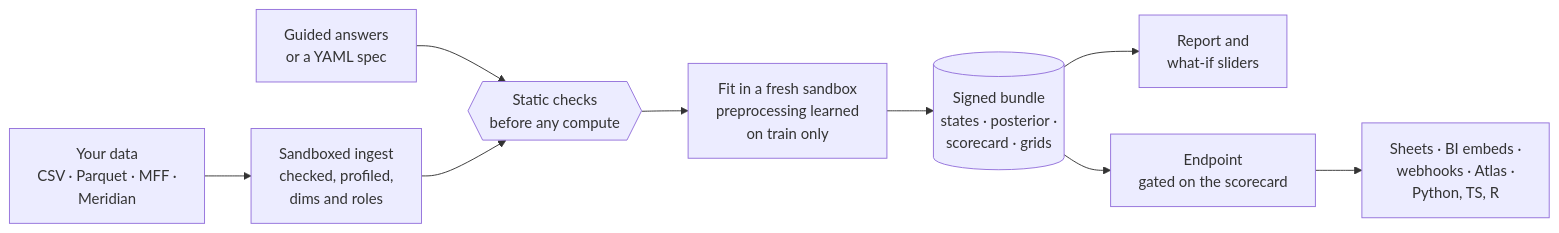
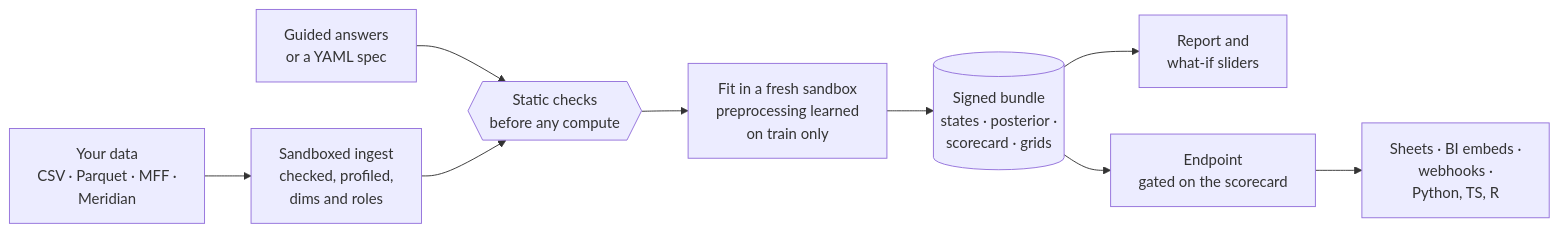
Before and after one commit to redam94/modeling-api: the first of 2 diagrams in docs/index.md, drawn with Mermaid. The commit also changed other lines of this file and 31 other files, not shown here.

````diff
--- a/docs/index.md
+++ b/docs/index.md
@@ -85,11 +86,11 @@
 ```mermaid
 flowchart LR
     D["Your data<br/>CSV · Parquet · MFF ·<br/>Meridian"] --> I["Sandboxed ingest<br/>checked, profiled,<br/>dims and roles"]
     Q["Guided answers<br/>or a YAML spec"] --> V{{"Static checks<br/>before any compute"}}
     I --> V
     V --> F["Fit in a fresh sandbox<br/>preprocessing learned<br/>on train only"]
     F --> B[("Signed bundle<br/>states · posterior ·<br/>scorecard · grids")]
     B --> R["Report and<br/>what-if sliders"]
     B --> E["Endpoint<br/>gated on the scorecard"]
-    E --> S["Sheets · BI embeds ·<br/>webhooks · Atlas ·<br/>Python, TS, R"]
+    E --> S["Sheets · BI embeds ·<br/>webhooks ·<br/>Python, TS, R"]
 ```
````
